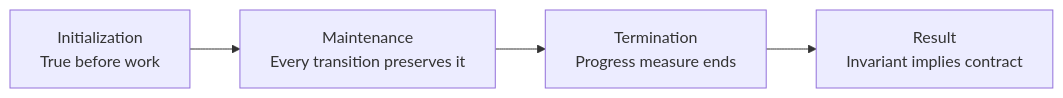
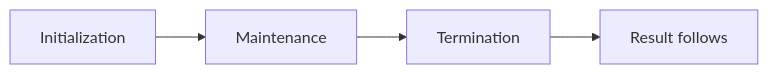
One commit to vinayreddykalluri/SDE2-Interview-Handbook changed the second of 2 diagrams in docs/backend-interview/01-programming-problem-solving/problem-solving-framework.md. Above: the diagram before and after it, drawn with Mermaid. The commit also changed other lines of this file and 21 other files, not shown here.

Commit message:
Add rendered diagrams and runnable coding examples

````diff
--- a/docs/backend-interview/01-programming-problem-solving/problem-solving-framework.md
+++ b/docs/backend-interview/01-programming-problem-solving/problem-solving-framework.md
@@ -123,6 +131,6 @@
 ```mermaid
 flowchart LR
-    I["Initialization<br/>True before work"] --> M["Maintenance<br/>Every transition preserves it"]
-    M --> T["Termination<br/>Progress measure ends"]
-    T --> R["Result<br/>Invariant implies contract"]
+    I[Initialization] --> M[Maintenance]
+    M --> T[Termination]
+    T --> R[Result follows]
 ```
````
